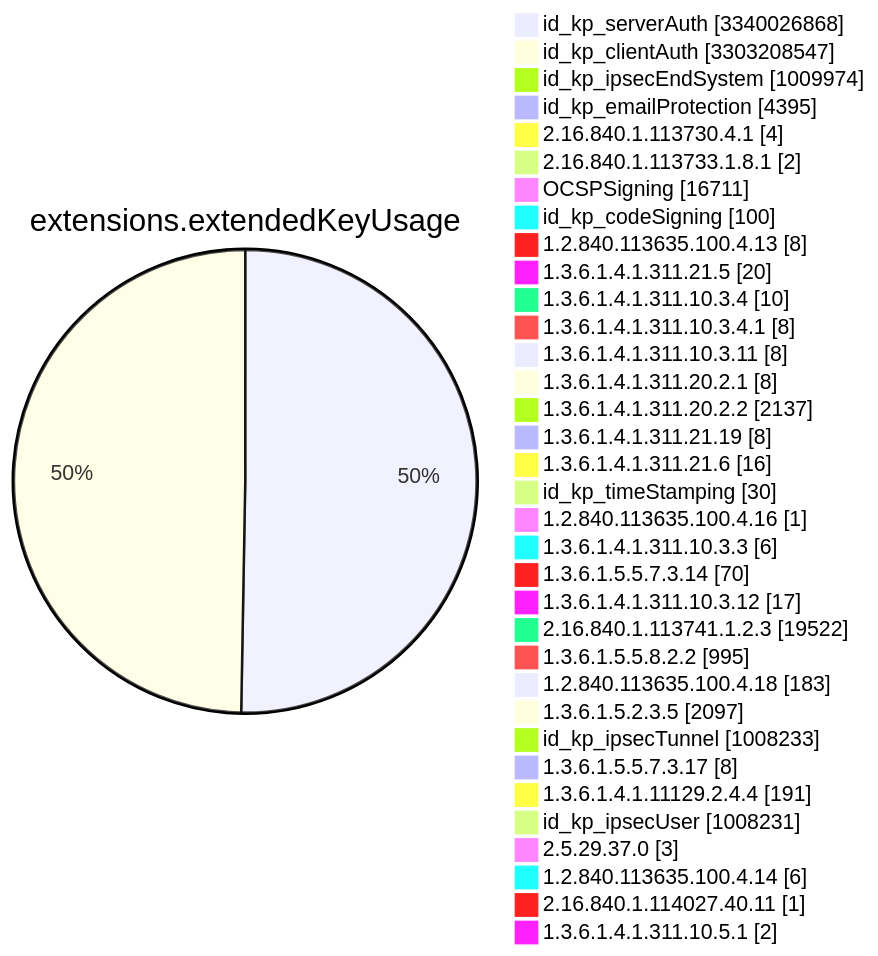
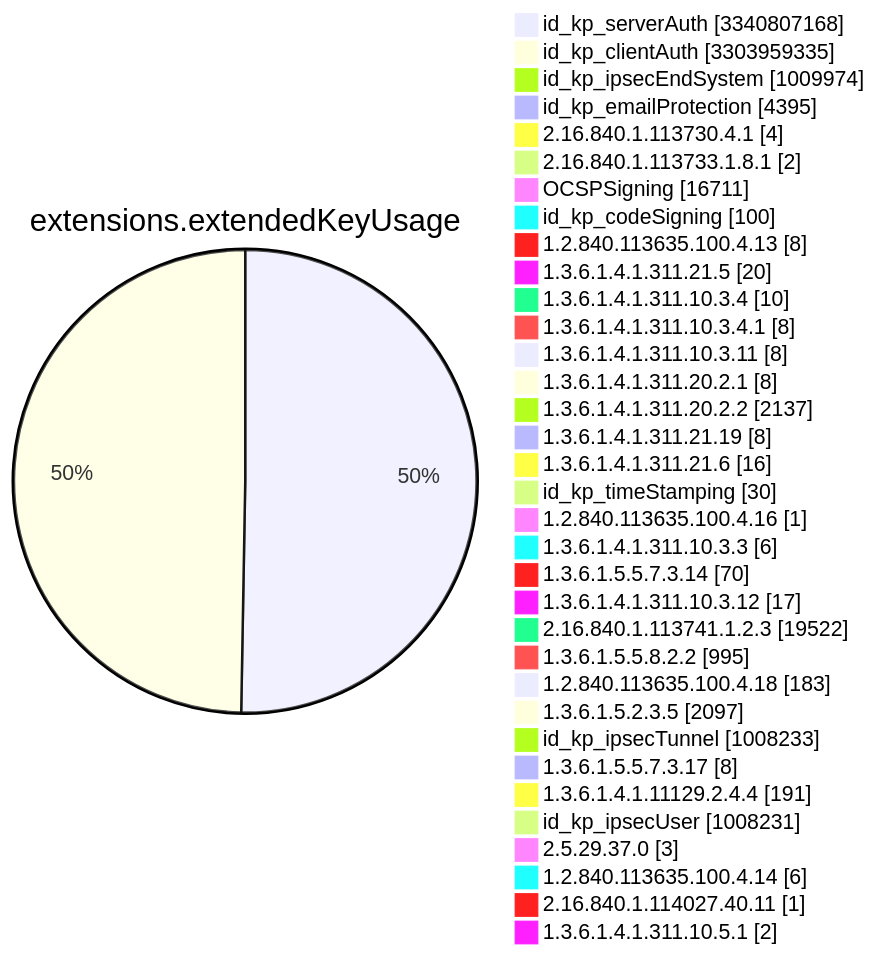
Before and after one commit to christiankrug/ctmonitor_visualization: diagram 11 of 15 in TOTAL/README.md, drawn with Mermaid. The commit also changed other lines of this file, not shown here.

````diff
--- a/TOTAL/README.md
+++ b/TOTAL/README.md
@@ -4120,38 +4120,38 @@
 ```mermaid
 pie showData
 title extensions.extendedKeyUsage
-"id_kp_serverAuth" :3340026868
-"id_kp_clientAuth" :3303208547
+"id_kp_serverAuth" :3340807168
+"id_kp_clientAuth" :3303959335
 "id_kp_ipsecEndSystem" :1009974
 "id_kp_emailProtection" :4395
 "2.16.840.1.113730.4.1" :4
 "2.16.840.1.113733.1.8.1" :2
 "OCSPSigning" :16711
 "id_kp_codeSigning" :100
 "1.2.840.113635.100.4.13" :8
 "1.3.6.1.4.1.311.21.5" :20
 "1.3.6.1.4.1.311.10.3.4" :10
 "1.3.6.1.4.1.311.10.3.4.1" :8
 "1.3.6.1.4.1.311.10.3.11" :8
 "1.3.6.1.4.1.311.20.2.1" :8
 "1.3.6.1.4.1.311.20.2.2" :2137
 "1.3.6.1.4.1.311.21.19" :8
 "1.3.6.1.4.1.311.21.6" :16
 "id_kp_timeStamping" :30
 "1.2.840.113635.100.4.16" :1
 "1.3.6.1.4.1.311.10.3.3" :6
 "1.3.6.1.5.5.7.3.14" :70
 "1.3.6.1.4.1.311.10.3.12" :17
 "2.16.840.1.113741.1.2.3" :19522
 "1.3.6.1.5.5.8.2.2" :995
 "1.2.840.113635.100.4.18" :183
 "1.3.6.1.5.2.3.5" :2097
 "id_kp_ipsecTunnel" :1008233
 "1.3.6.1.5.5.7.3.17" :8
 "1.3.6.1.4.1.11129.2.4.4" :191
 "id_kp_ipsecUser" :1008231
 "2.5.29.37.0" :3
 "1.2.840.113635.100.4.14" :6
 "2.16.840.1.114027.40.11" :1
 "1.3.6.1.4.1.311.10.5.1" :2
 ```
````
